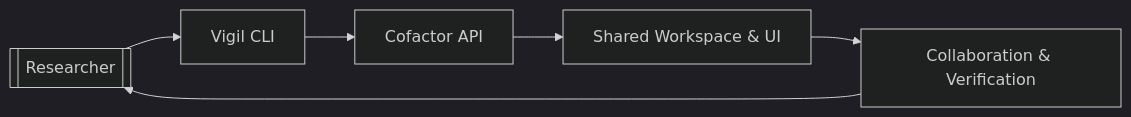
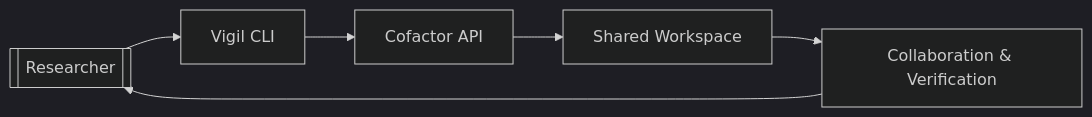
The third of 5 diagrams in README.md (Science-Abundance/docs), drawn with Mermaid (dark theme) before and after one commit. The commit also changed other lines of this file, not shown here.

````diff
--- a/README.md
+++ b/README.md
@@ -70,8 +75,8 @@
 ```mermaid
 flowchart LR
   Researcher[[Researcher]] --> CLI[Vigil CLI]
   CLI --> Cofactor[Cofactor API]
-  Cofactor --> Workspace[Shared Workspace & UI]
+  Cofactor --> Workspace[Shared Workspace]
   Workspace --> Review[Collaboration & Verification]
   Review --> Researcher
 ```
````
